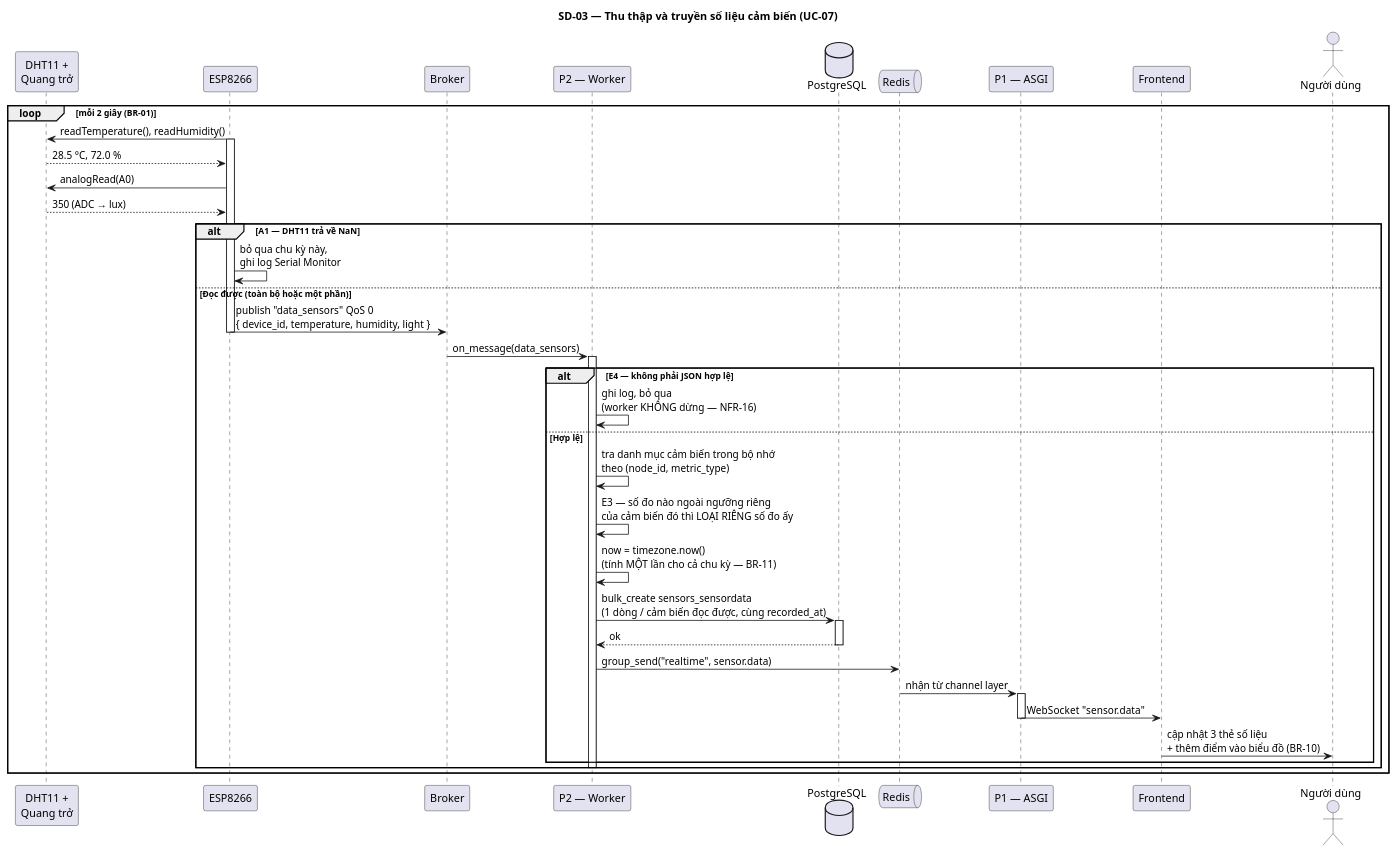
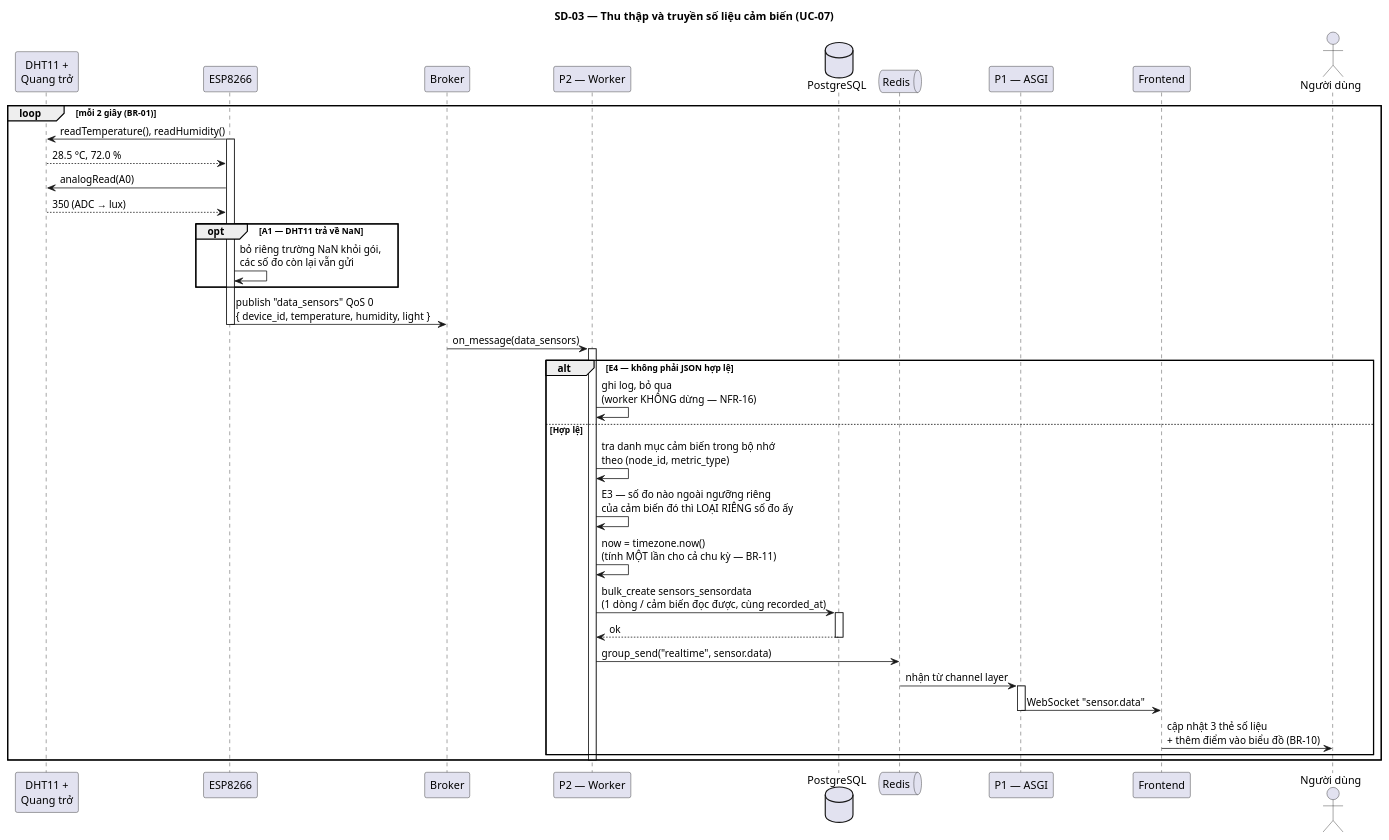
Before and after one commit to B23DCAT011/IOT: the sixth of 13 diagrams in docs/03-Sequence.md, drawn with PlantUML. The commit also changed other lines of this file and 13 other files, not shown here.

````diff
--- a/docs/03-Sequence.md
+++ b/docs/03-Sequence.md
@@ -407,55 +408,54 @@
 ```plantuml
 @startuml SD03_ThuThapSoLieu
 title SD-03 — Thu thập và truyền số liệu cảm biến (UC-07)
 
 skinparam shadowing false
 
 participant "DHT11 +\nQuang trở" as SEN
 participant "ESP8266" as HW
 participant "Broker" as MQ
 participant "P2 — Worker" as P2
 database "PostgreSQL" as DB
 queue "Redis" as RD
 participant "P1 — ASGI" as P1
 participant "Frontend" as FE
 actor "Người dùng" as User
 
 loop mỗi 2 giây (BR-01)
   HW -> SEN : readTemperature(), readHumidity()
   activate HW
   SEN --> HW : 28.5 °C, 72.0 %
   HW -> SEN : analogRead(A0)
   SEN --> HW : 350 (ADC → lux)
 
-  alt A1 — DHT11 trả về NaN
-    HW -> HW : bỏ qua chu kỳ này,\nghi log Serial Monitor
-  else Đọc được (toàn bộ hoặc một phần)
+  opt A1 — DHT11 trả về NaN
+    HW -> HW : bỏ riêng trường NaN khỏi gói,\ncác số đo còn lại vẫn gửi
+  end
     HW -> MQ : publish "data_sensors" QoS 0\n{ device_id, temperature, humidity, light }
     deactivate HW
 
     MQ -> P2 : on_message(data_sensors)
     activate P2
 
     alt E4 — không phải JSON hợp lệ
       P2 -> P2 : ghi log, bỏ qua\n(worker KHÔNG dừng — NFR-16)
     else Hợp lệ
       P2 -> P2 : tra danh mục cảm biến trong bộ nhớ\ntheo (node_id, metric_type)
       P2 -> P2 : E3 — số đo nào ngoài ngưỡng riêng\ncủa cảm biến đó thì LOẠI RIÊNG số đo ấy
       P2 -> P2 : now = timezone.now()\n(tính MỘT lần cho cả chu kỳ — BR-11)
       P2 -> DB : bulk_create sensors_sensordata\n(1 dòng / cảm biến đọc được, cùng recorded_at)
       activate DB
       DB --> P2 : ok
       deactivate DB
       P2 -> RD : group_send("realtime", sensor.data)
       RD -> P1 : nhận từ channel layer
       activate P1
       P1 -> FE : WebSocket "sensor.data"
       deactivate P1
       FE -> User : cập nhật 3 thẻ số liệu\n+ thêm điểm vào biểu đồ (BR-10)
     end
     deactivate P2
-  end
 end
 
 @enduml
 ```
````
